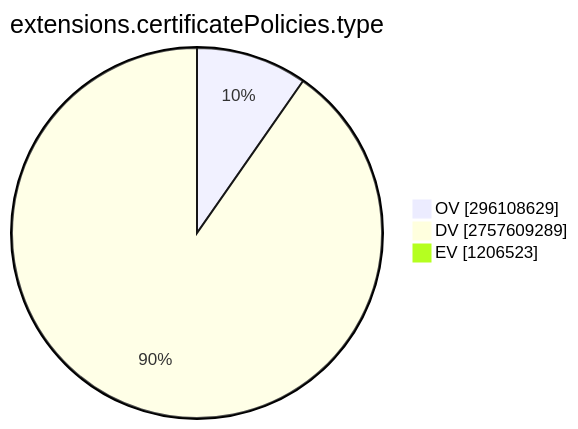
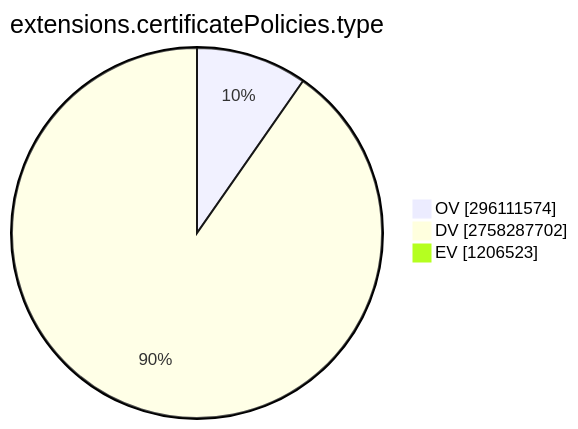
Before and after one commit to christiankrug/ctmonitor_visualization: the ninth of 15 diagrams in TOTAL/README.md, drawn with Mermaid. The commit also changed other lines of this file, not shown here.

````diff
--- a/TOTAL/README.md
+++ b/TOTAL/README.md
@@ -3099,7 +3099,7 @@
 ```mermaid
 pie showData
 title extensions.certificatePolicies.type
-"OV" :296108629
-"DV" :2757609289
+"OV" :296111574
+"DV" :2758287702
 "EV" :1206523
 ```
````
